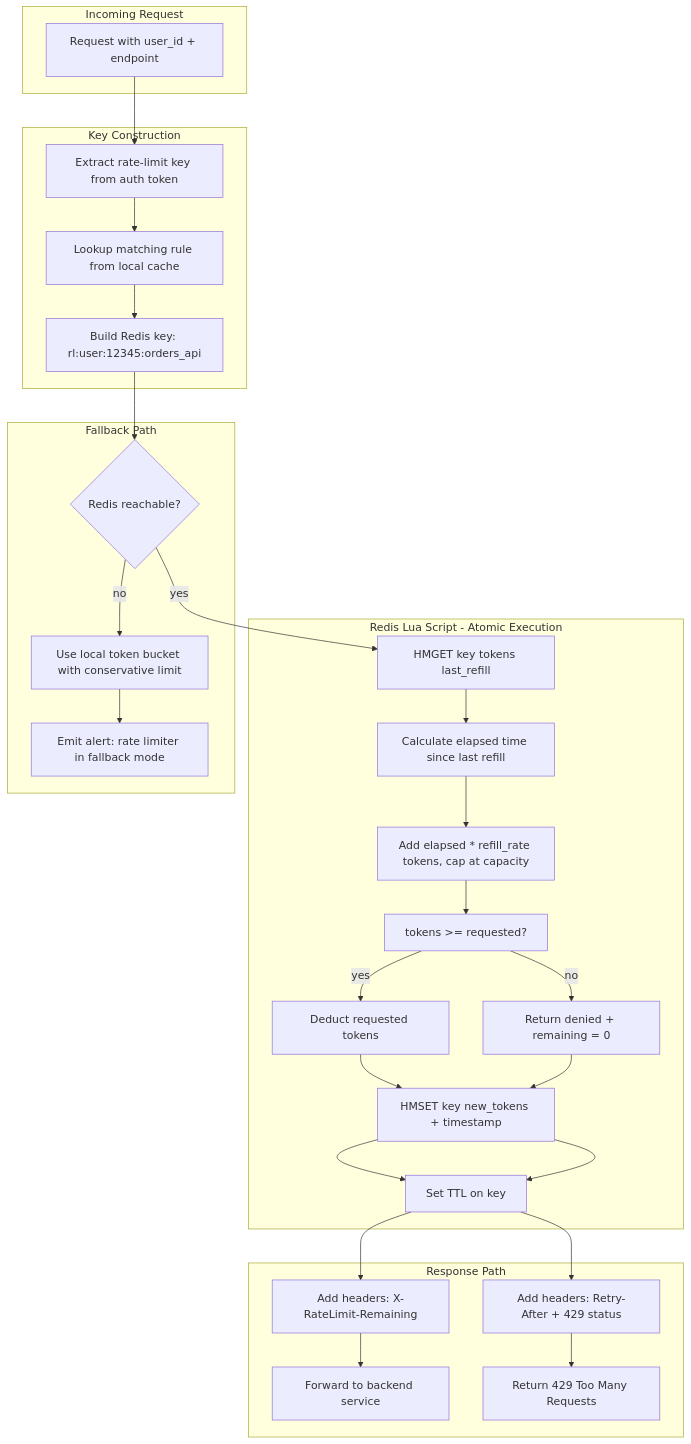
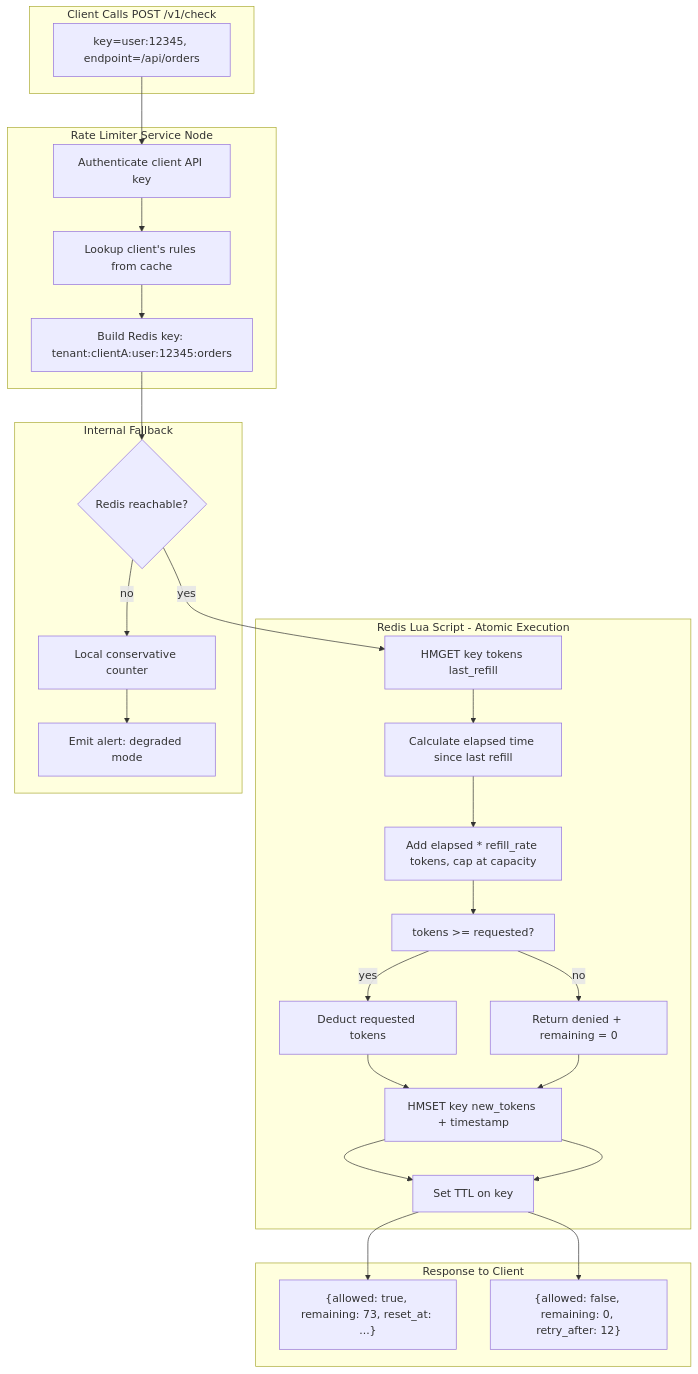
One commit to oribarak/system-design-interview-prep changed the second of 3 diagrams in 26_rate_limiter/architecture_diagram.md. Above: the diagram before and after it, drawn with Mermaid. The commit also changed other lines of this file and 17 other files, not shown here.

First line of the commit message:
Improve playbooks for rate limiter, LLM inference, chat system, and 3 new Anthropic topics

````diff
--- a/26_rate_limiter/architecture_diagram.md
+++ b/26_rate_limiter/architecture_diagram.md
@@ -65,45 +55,43 @@
 ```mermaid
 flowchart TB
-    subgraph Request["Incoming Request"]
-        REQ[Request with user_id + endpoint]
+    subgraph Request["Client Calls POST /v1/check"]
+        REQ["key=user:12345, endpoint=/api/orders"]
     end
 
-    subgraph KeyBuild["Key Construction"]
-        EXTRACT[Extract rate-limit key from auth token]
-        LOOKUP[Lookup matching rule from local cache]
-        KEY[Build Redis key: rl:user:12345:orders_api]
+    subgraph ServiceNode["Rate Limiter Service Node"]
+        AUTH[Authenticate client API key]
+        LOOKUP[Lookup client's rules from cache]
+        KEY[Build Redis key: tenant:clientA:user:12345:orders]
     end
 
     subgraph RedisLua["Redis Lua Script - Atomic Execution"]
         HMGET[HMGET key tokens last_refill]
         CALC_REFILL[Calculate elapsed time since last refill]
         ADD_TOKENS[Add elapsed * refill_rate tokens, cap at capacity]
         CHECK[tokens >= requested?]
         DEDUCT[Deduct requested tokens]
         DENY[Return denied + remaining = 0]
         SAVE[HMSET key new_tokens + timestamp]
         EXPIRE[Set TTL on key]
     end
 
-    subgraph Response["Response Path"]
-        ALLOW_HDR[Add headers: X-RateLimit-Remaining]
-        DENY_HDR[Add headers: Retry-After + 429 status]
-        FORWARD[Forward to backend service]
-        REJECT[Return 429 Too Many Requests]
+    subgraph Response["Response to Client"]
+        ALLOW_RESP["{allowed: true, remaining: 73, reset_at: ...}"]
+        DENY_RESP["{allowed: false, remaining: 0, retry_after: 12}"]
     end
 
-    subgraph Fallback["Fallback Path"]
+    subgraph InternalFallback["Internal Fallback"]
         REDIS_DOWN{Redis reachable?}
-        LOCAL[Use local token bucket with conservative limit]
-        ALERT[Emit alert: rate limiter in fallback mode]
+        LOCAL[Local conservative counter]
+        ALERT[Emit alert: degraded mode]
     end
 
-    REQ --> EXTRACT --> LOOKUP --> KEY
+    REQ --> AUTH --> LOOKUP --> KEY
     KEY --> REDIS_DOWN
     REDIS_DOWN -->|"yes"| HMGET
     REDIS_DOWN -->|"no"| LOCAL --> ALERT
 
     HMGET --> CALC_REFILL --> ADD_TOKENS --> CHECK
-    CHECK -->|"yes"| DEDUCT --> SAVE --> EXPIRE --> ALLOW_HDR --> FORWARD
-    CHECK -->|"no"| DENY --> SAVE --> EXPIRE --> DENY_HDR --> REJECT
+    CHECK -->|"yes"| DEDUCT --> SAVE --> EXPIRE --> ALLOW_RESP
+    CHECK -->|"no"| DENY --> SAVE --> EXPIRE --> DENY_RESP
 ```
````
